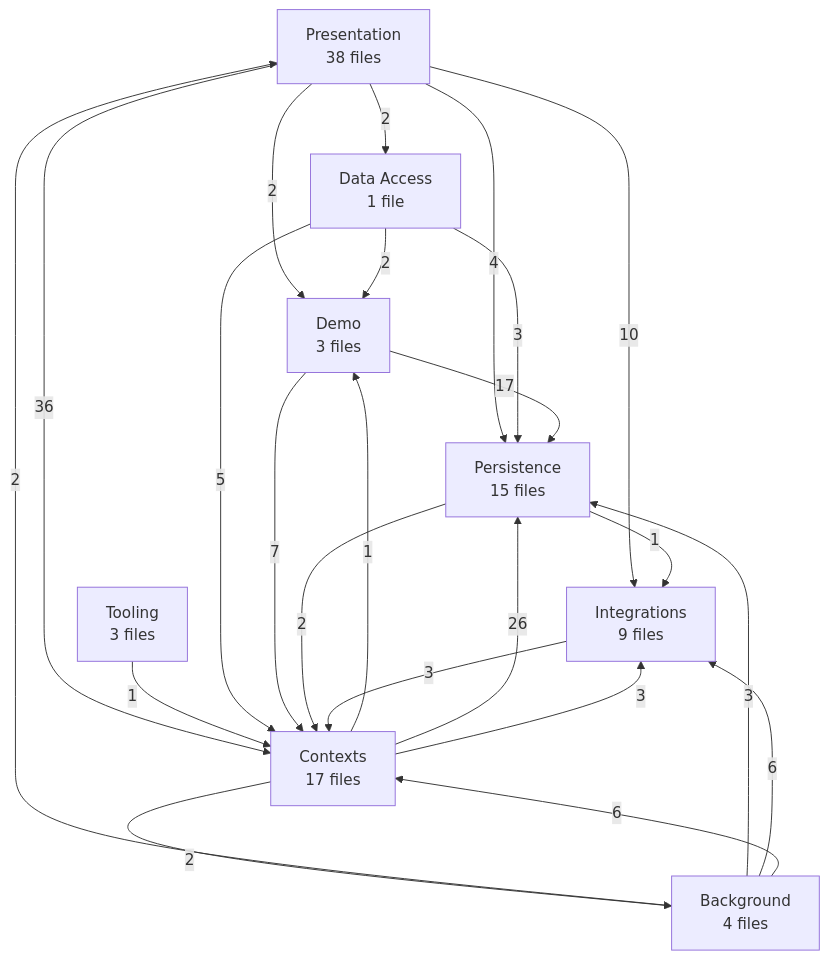
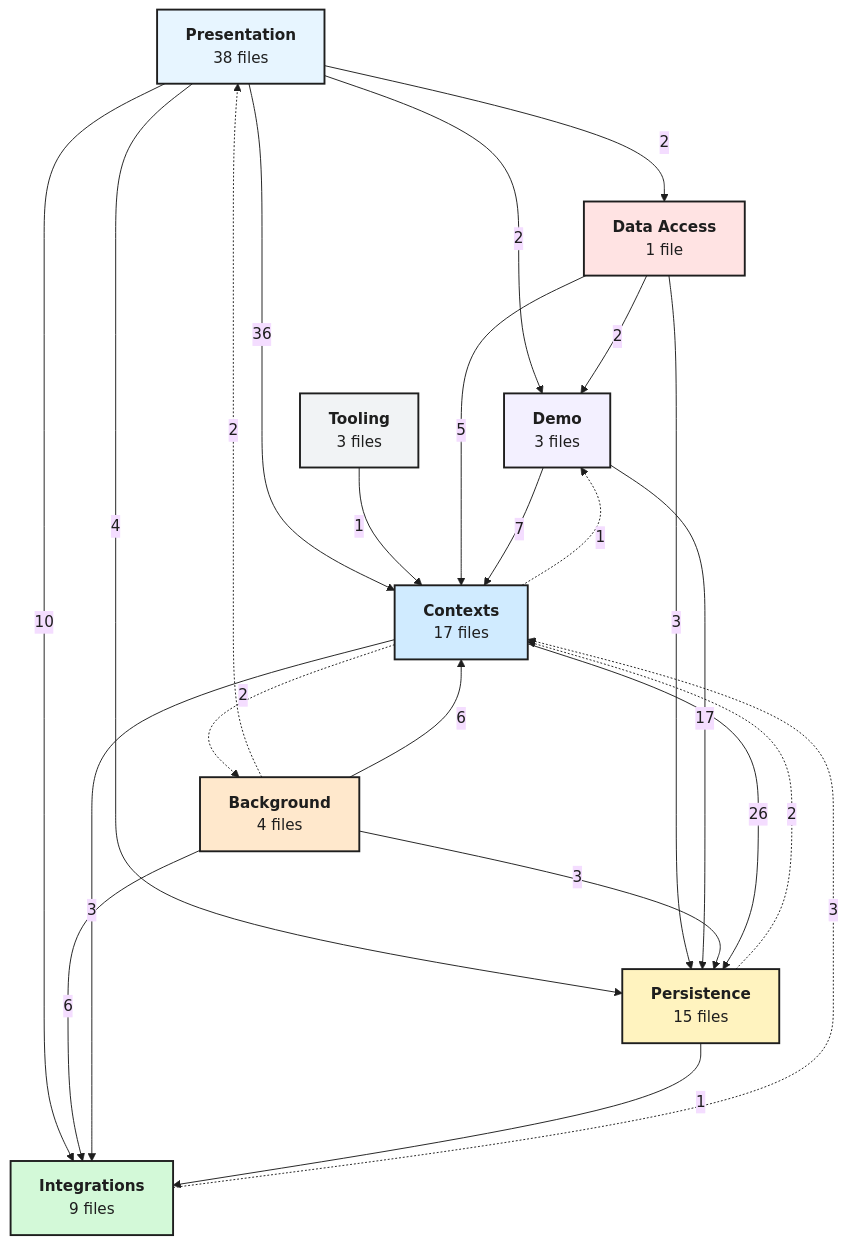
One commit to sudo-adduser-jordan/tripwire changed the second of 2 diagrams in docs/architecture.md. Above: the diagram before and after it, drawn with Mermaid. The commit also changed other lines of this file and 2 other files, not shown here.

Commit message:
update: draw the architecture docs as mermaid supervision and layer charts

````diff
--- a/docs/architecture.md
+++ b/docs/architecture.md
@@ -9,33 +70,42 @@
 ```mermaid
+%%{init: {"theme": "base", "flowchart": {"curve": "basis", "nodeSpacing": 60, "rankSpacing": 100, "wrappingWidth": 200}, "themeVariables": {"fontFamily": "sans-serif", "lineColor": "#1e1e1e", "primaryTextColor": "#1e1e1e"}}}%%
 flowchart TD
-  presentation["Presentation<br/>38 files"]
-  tooling["Tooling<br/>3 files"]
-  data_access["Data Access<br/>1 file"]
-  demo["Demo<br/>3 files"]
-  persistence["Persistence<br/>15 files"]
-  integrations["Integrations<br/>9 files"]
-  background["Background<br/>4 files"]
-  contexts["Contexts<br/>17 files"]
+  presentation["<b>Presentation</b><br/>38 files"]:::blue
+  tooling["<b>Tooling</b><br/>3 files"]:::gray
+  data_access["<b>Data Access</b><br/>1 file"]:::rose
+  demo["<b>Demo</b><br/>3 files"]:::violet
+  background["<b>Background</b><br/>4 files"]:::orange
+  contexts["<b>Contexts</b><br/>17 files"]:::cyan
+  persistence["<b>Persistence</b><br/>15 files"]:::yellow
+  integrations["<b>Integrations</b><br/>9 files"]:::green
   presentation -->|2| data_access
   presentation -->|2| demo
+  presentation -->|36| contexts
   presentation -->|4| persistence
   presentation -->|10| integrations
-  presentation -->|36| contexts
   tooling -->|1| contexts
   data_access -->|2| demo
+  data_access -->|5| contexts
   data_access -->|3| persistence
-  data_access -->|5| contexts
+  demo -->|7| contexts
   demo -->|17| persistence
-  demo -->|7| contexts
-  persistence -->|1| integrations
-  persistence -->|2| contexts
-  integrations -->|3| contexts
-  background -->|2| presentation
+  background -.->|2| presentation
+  background -->|6| contexts
   background -->|3| persistence
   background -->|6| integrations
-  background -->|6| contexts
-  contexts -->|1| demo
+  contexts -.->|1| demo
+  contexts -.->|2| background
   contexts -->|26| persistence
   contexts -->|3| integrations
-  contexts -->|2| background
+  persistence -.->|2| contexts
+  persistence -->|1| integrations
+  integrations -.->|3| contexts
+  classDef blue fill:#e7f5ff,stroke:#1e1e1e,stroke-width:2px,color:#1e1e1e
+  classDef gray fill:#f1f3f5,stroke:#1e1e1e,stroke-width:2px,color:#1e1e1e
+  classDef rose fill:#ffe3e3,stroke:#1e1e1e,stroke-width:2px,color:#1e1e1e
+  classDef violet fill:#f3f0ff,stroke:#1e1e1e,stroke-width:2px,color:#1e1e1e
+  classDef orange fill:#ffe8cc,stroke:#1e1e1e,stroke-width:2px,color:#1e1e1e
+  classDef cyan fill:#d0ebff,stroke:#1e1e1e,stroke-width:2px,color:#1e1e1e
+  classDef yellow fill:#fff3bf,stroke:#1e1e1e,stroke-width:2px,color:#1e1e1e
+  classDef green fill:#d3f9d8,stroke:#1e1e1e,stroke-width:2px,color:#1e1e1e
 ```
````
